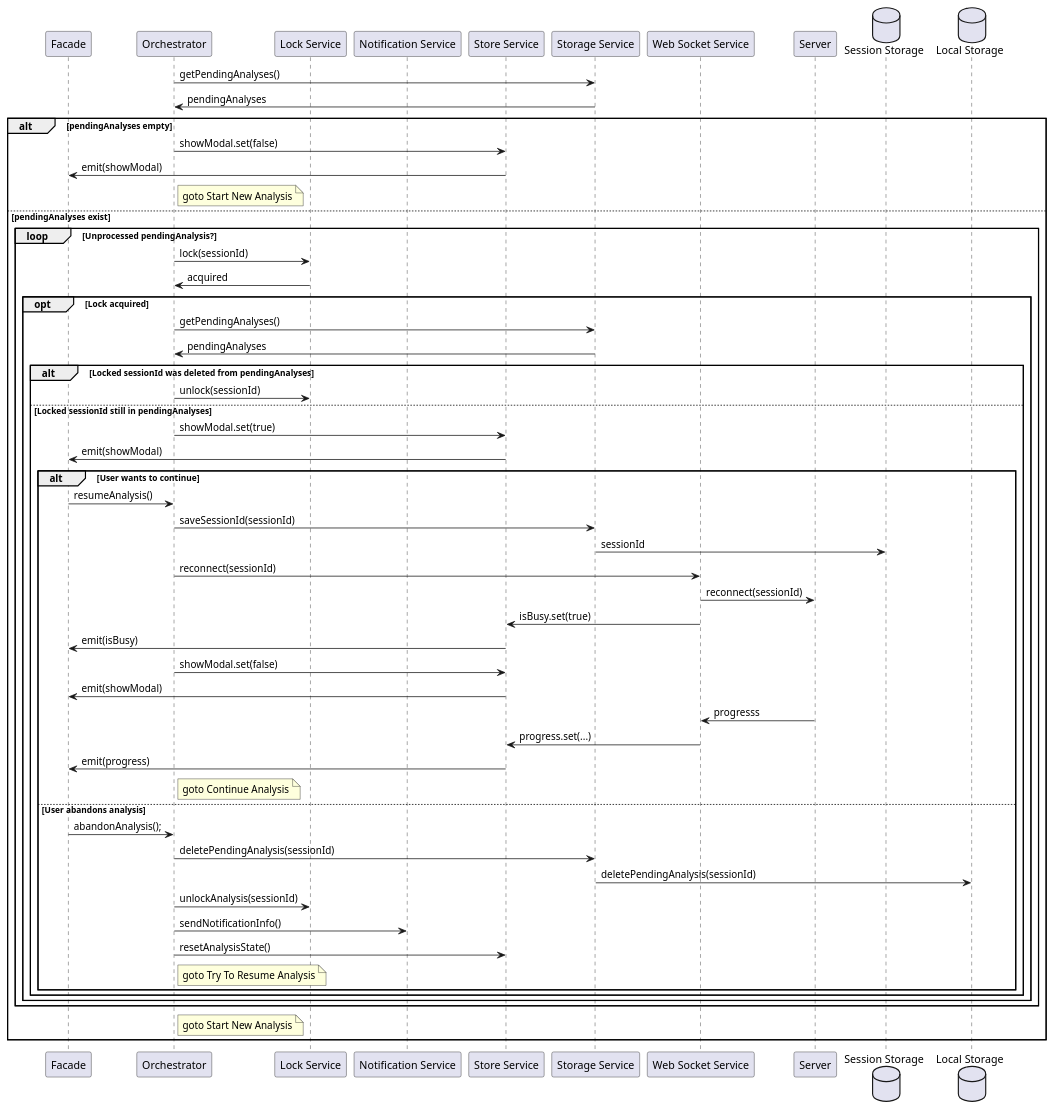
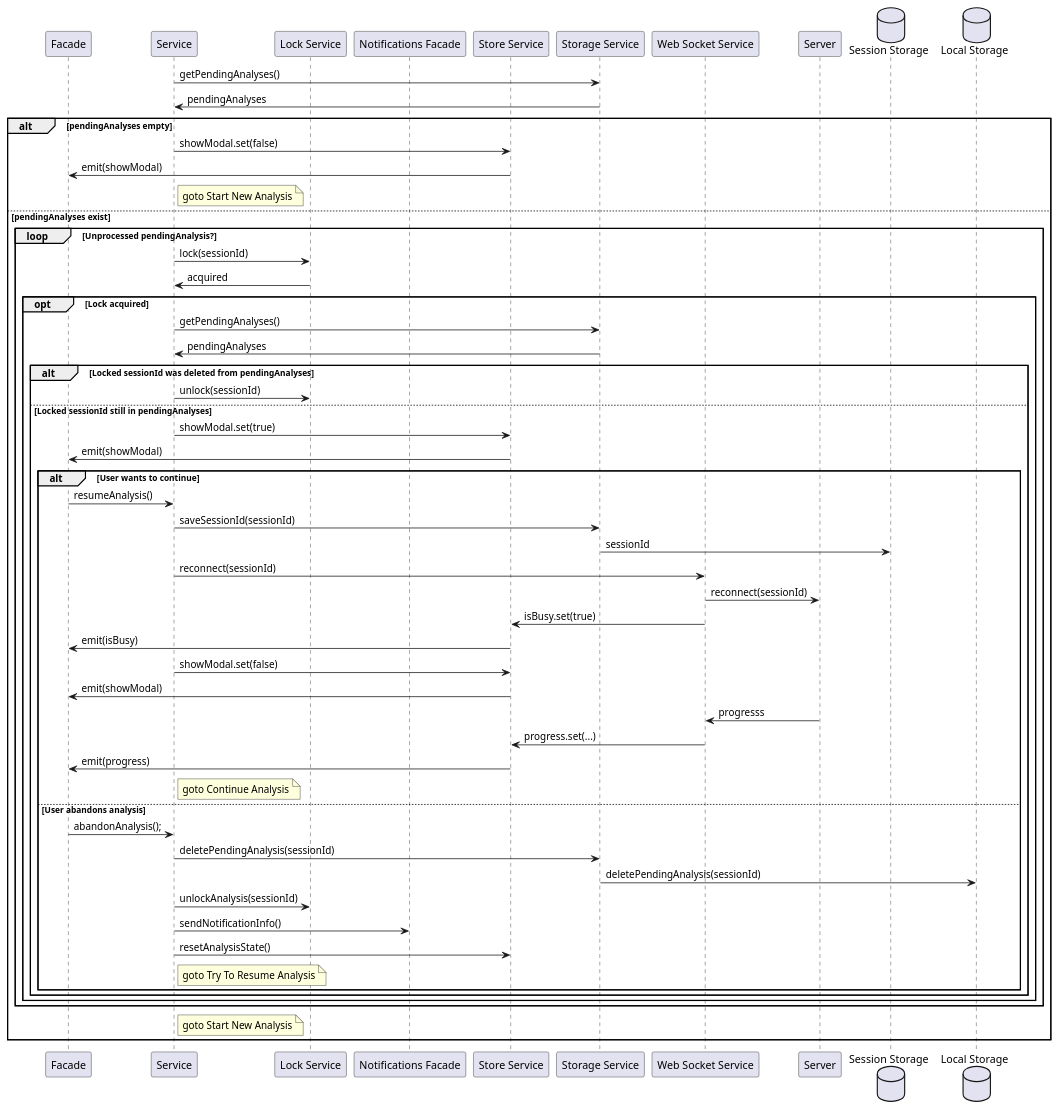
One commit to marg4ryn/Strata changed the diagram in docs/analysis-run/diagrams/try-to-resume-analysis.sequence.puml. Above: the diagram before and after it, drawn with PlantUML. The commit also changed 4 other files, not shown here.

Commit message:
docs: adjust diagrams to reflect service name changes

```diff
--- a/docs/analysis-run/diagrams/try-to-resume-analysis.sequence.puml
+++ b/docs/analysis-run/diagrams/try-to-resume-analysis.sequence.puml
@@ -1,70 +1,70 @@
 @startuml Try To Resume Analysis
 
 participant "Facade" as F
-participant "Orchestrator" as O
-participant "Lock Service" as L
-participant "Notification Service" as N
-participant "Store Service" as ST
-participant "Storage Service" as STG
-participant "Web Socket Service" as WS
+participant "Service" as S
+participant "Lock Service" as LS
+participant "Notifications Facade" as NS
+participant "Store Service" as STS
+participant "Storage Service" as SGS
+participant "Web Socket Service" as WSS
 participant "Server" as SRV
 
-database "Session Storage" as SS
-database "Local Storage" as LS
+database "Session Storage" as SSG
+database "Local Storage" as LSG
 
-O -> STG: getPendingAnalyses()
-STG -> O: pendingAnalyses
+S -> SGS: getPendingAnalyses()
+SGS -> S: pendingAnalyses
 
 alt pendingAnalyses empty
-    O -> ST: showModal.set(false)
-    ST -> F: emit(showModal)
-    note right of O: goto Start New Analysis
+    S -> STS: showModal.set(false)
+    STS -> F: emit(showModal)
+    note right of S: goto Start New Analysis
 
 else pendingAnalyses exist
     loop Unprocessed pendingAnalysis?
-        O -> L: lock(sessionId)
-        L -> O: acquired
+        S -> LS: lock(sessionId)
+        LS -> S: acquired
 
         opt Lock acquired
-            O -> STG: getPendingAnalyses()
-            STG -> O: pendingAnalyses
+            S -> SGS: getPendingAnalyses()
+            SGS -> S: pendingAnalyses
             
             alt Locked sessionId was deleted from pendingAnalyses
-                O -> L: unlock(sessionId)
+                S -> LS: unlock(sessionId)
 
             else Locked sessionId still in pendingAnalyses
-                O -> ST: showModal.set(true)
-                ST -> F: emit(showModal)
+                S -> STS: showModal.set(true)
+                STS -> F: emit(showModal)
 
                 alt User wants to continue
-                    F -> O: resumeAnalysis()
-                    O -> STG: saveSessionId(sessionId)
-                    STG -> SS: sessionId
-                    O -> WS: reconnect(sessionId)
-                    WS -> SRV: reconnect(sessionId)
-                    WS -> ST: isBusy.set(true)
-                    ST -> F: emit(isBusy)
-                    O -> ST: showModal.set(false)
-                    ST -> F: emit(showModal)
-                    SRV -> WS: progresss
-                    WS -> ST: progress.set(...)
-                    ST -> F: emit(progress)
-                    note right of O: goto Continue Analysis
+                    F -> S: resumeAnalysis()
+                    S -> SGS: saveSessionId(sessionId)
+                    SGS -> SSG: sessionId
+                    S -> WSS: reconnect(sessionId)
+                    WSS -> SRV: reconnect(sessionId)
+                    WSS -> STS: isBusy.set(true)
+                    STS -> F: emit(isBusy)
+                    S -> STS: showModal.set(false)
+                    STS -> F: emit(showModal)
+                    SRV -> WSS: progresss
+                    WSS -> STS: progress.set(...)
+                    STS -> F: emit(progress)
+                    note right of S: goto Continue Analysis
 
                 else User abandons analysis
-                    F -> O: abandonAnalysis();
-                    O -> STG: deletePendingAnalysis(sessionId)
-                    STG -> LS: deletePendingAnalysis(sessionId)
-                    O -> L: unlockAnalysis(sessionId)
-                    O -> N: sendNotificationInfo()
-                    O -> ST: resetAnalysisState()
-                    note right of O: goto Try To Resume Analysis
+                    F -> S: abandonAnalysis();
+                    S -> SGS: deletePendingAnalysis(sessionId)
+                    SGS -> LSG: deletePendingAnalysis(sessionId)
+                    S -> LS: unlockAnalysis(sessionId)
+                    S -> NS: sendNotificationInfo()
+                    S -> STS: resetAnalysisState()
+                    note right of S: goto Try To Resume Analysis
                 end
             end
         end
     end
 
-   note right of O: goto Start New Analysis
+   note right of S: goto Start New Analysis
 end
 
 @enduml
```
